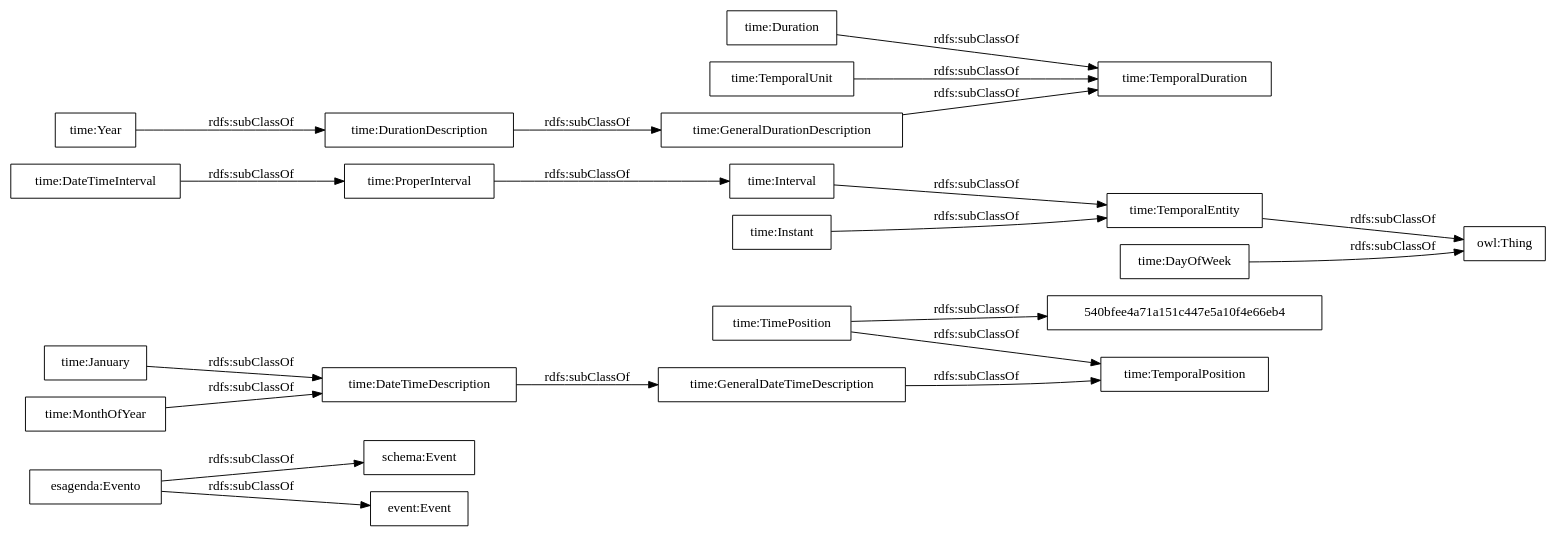
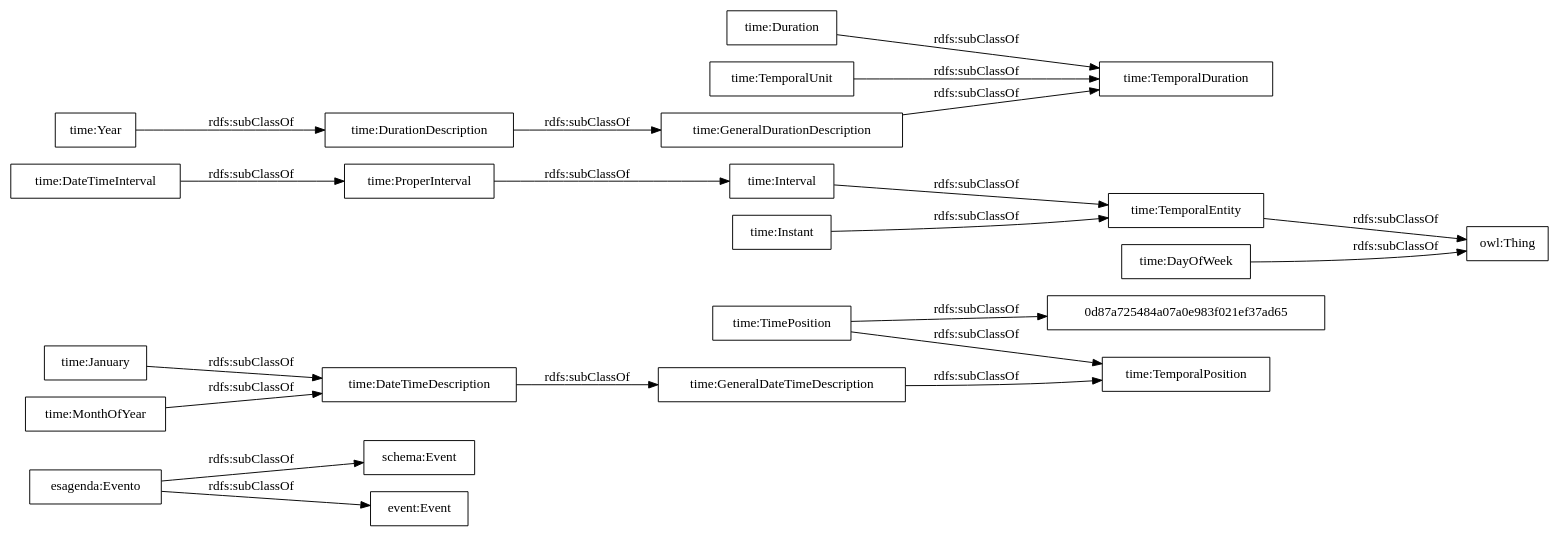
Before and after one commit to paoespinozarias/cultura-ocio-agenda-eventos-actividades: the diagram in OnToology/agenda.owl/diagrams/ar2dtool-taxonomy/agenda.owl.png.dot, drawn with Graphviz. The commit also changed 5 other files, not shown here.

```diff
--- a/OnToology/agenda.owl/diagrams/ar2dtool-taxonomy/agenda.owl.png.dot
+++ b/OnToology/agenda.owl/diagrams/ar2dtool-taxonomy/agenda.owl.png.dot
@@ -1,25 +1,25 @@
 digraph ar2dtool_diagram { 
 rankdir=LR;
 size="1000"
-node [shape = rectangle, color="black"]; "esagenda:Evento" "schema:Event" "event:Event" "time:GeneralDateTimeDescription" "time:DateTimeInterval" "time:DurationDescription" "time:TemporalDuration" "time:Duration" "time:GeneralDurationDescription" "time:January" "time:ProperInterval" "time:TimePosition" "time:TemporalPosition" "time:Interval" "time:TemporalEntity" "540bfee4a71a151c447e5a10f4e66eb4" "time:Year" "time:MonthOfYear" "time:DateTimeDescription" "time:TemporalUnit" "time:Instant" "time:DayOfWeek" ; /*classes style*/
+node [shape = rectangle, color="black"]; "esagenda:Evento" "schema:Event" "event:Event" "time:GeneralDateTimeDescription" "time:DateTimeInterval" "time:DurationDescription" "0d87a725484a07a0e983f021ef37ad65" "time:TemporalDuration" "time:Duration" "time:GeneralDurationDescription" "time:January" "time:ProperInterval" "time:TimePosition" "time:TemporalPosition" "time:Interval" "time:TemporalEntity" "time:Year" "time:MonthOfYear" "time:DateTimeDescription" "time:TemporalUnit" "time:Instant" "time:DayOfWeek" ; /*classes style*/
 	"time:TemporalEntity" -> "owl:Thing" [ label = "rdfs:subClassOf" ];
 	"time:DateTimeInterval" -> "time:ProperInterval" [ label = "rdfs:subClassOf" ];
 	"time:DayOfWeek" -> "owl:Thing" [ label = "rdfs:subClassOf" ];
 	"time:TemporalUnit" -> "time:TemporalDuration" [ label = "rdfs:subClassOf" ];
 	"time:Year" -> "time:DurationDescription" [ label = "rdfs:subClassOf" ];
 	"time:Interval" -> "time:TemporalEntity" [ label = "rdfs:subClassOf" ];
 	"time:MonthOfYear" -> "time:DateTimeDescription" [ label = "rdfs:subClassOf" ];
 	"time:GeneralDurationDescription" -> "time:TemporalDuration" [ label = "rdfs:subClassOf" ];
 	"time:GeneralDateTimeDescription" -> "time:TemporalPosition" [ label = "rdfs:subClassOf" ];
 	"time:DateTimeDescription" -> "time:GeneralDateTimeDescription" [ label = "rdfs:subClassOf" ];
 	"time:DurationDescription" -> "time:GeneralDurationDescription" [ label = "rdfs:subClassOf" ];
-	"time:TimePosition" -> "540bfee4a71a151c447e5a10f4e66eb4" [ label = "rdfs:subClassOf" ];
+	"time:TimePosition" -> "0d87a725484a07a0e983f021ef37ad65" [ label = "rdfs:subClassOf" ];
 	"time:TimePosition" -> "time:TemporalPosition" [ label = "rdfs:subClassOf" ];
 	"time:January" -> "time:DateTimeDescription" [ label = "rdfs:subClassOf" ];
 	"time:ProperInterval" -> "time:Interval" [ label = "rdfs:subClassOf" ];
 	"time:Instant" -> "time:TemporalEntity" [ label = "rdfs:subClassOf" ];
 	"esagenda:Evento" -> "schema:Event" [ label = "rdfs:subClassOf" ];
 	"esagenda:Evento" -> "event:Event" [ label = "rdfs:subClassOf" ];
 	"time:Duration" -> "time:TemporalDuration" [ label = "rdfs:subClassOf" ];
 
 }
```
